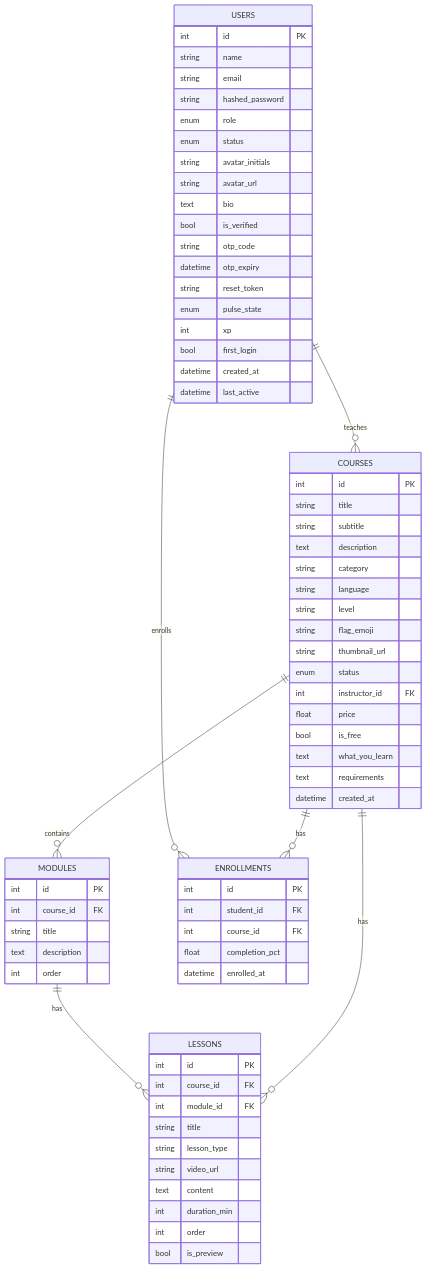
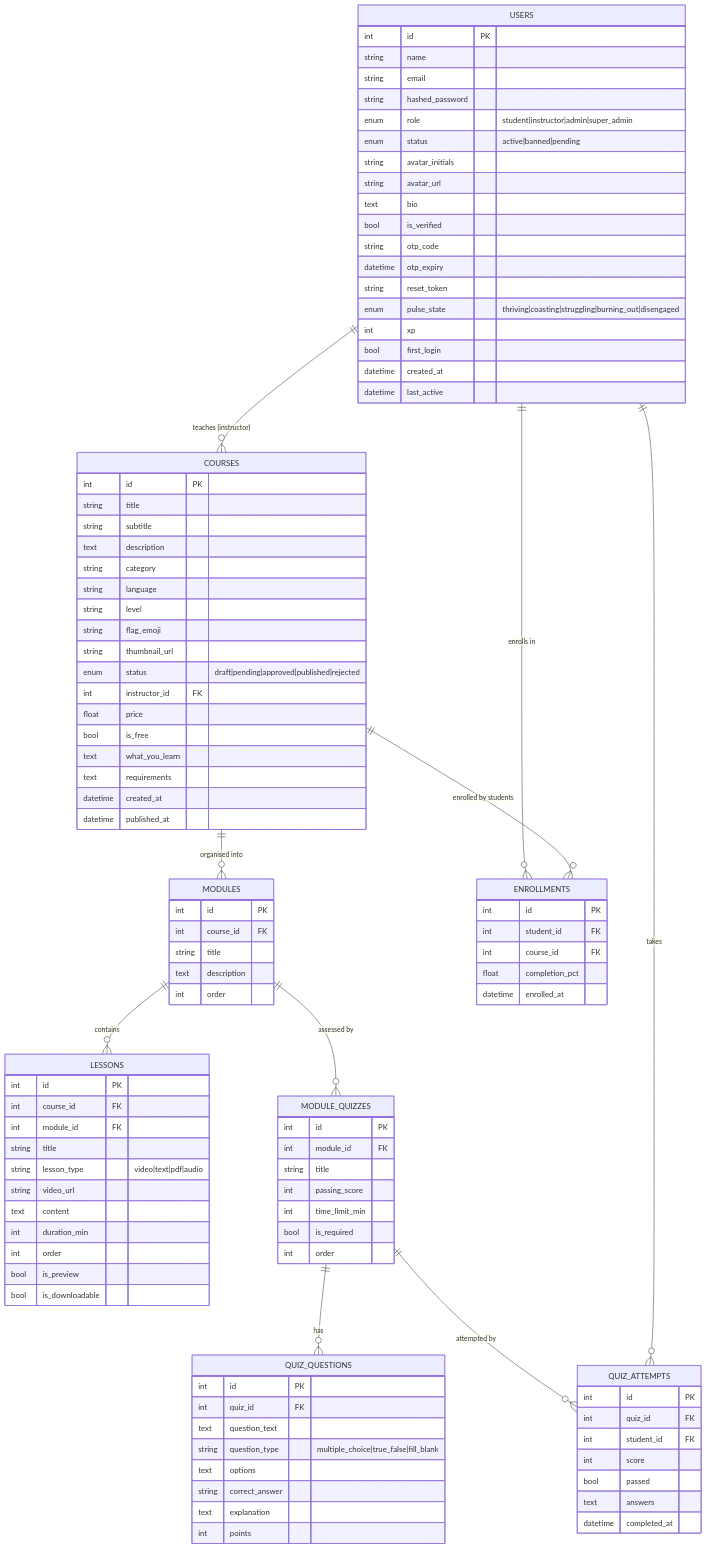
Before and after one commit to ngabo-dev/fluentfusion.v1: the sixth of 9 diagrams in DIAGRAMS.md, drawn with Mermaid. The commit also changed other lines of this file, not shown here.

First line of the commit message:
docs: completely revise all diagrams — complete, clear, report-ready

````diff
--- a/DIAGRAMS.md
+++ b/DIAGRAMS.md
@@ -198,8 +359,8 @@
         string name
         string email
         string hashed_password
-        enum role
-        enum status
+        enum role "student|instructor|admin|super_admin"
+        enum status "active|banned|pending"
         string avatar_initials
         string avatar_url
         text bio
@@ -207,7 +368,7 @@
         string otp_code
         datetime otp_expiry
         string reset_token
-        enum pulse_state
+        enum pulse_state "thriving|coasting|struggling|burning_out|disengaged"
         int xp
         bool first_login
         datetime created_at
@@ -224,13 +385,14 @@
         string level
         string flag_emoji
         string thumbnail_url
-        enum status
+        enum status "draft|pending|approved|published|rejected"
         int instructor_id FK
         float price
         bool is_free
         text what_you_learn
         text requirements
         datetime created_at
+        datetime published_at
     }
 
     MODULES {
@@ -246,12 +408,13 @@
         int course_id FK
         int module_id FK
         string title
-        string lesson_type
+        string lesson_type "video|text|pdf|audio"
         string video_url
         text content
         int duration_min
         int order
         bool is_preview
+        bool is_downloadable
     }
 
     ENROLLMENTS {
@@ -262,10 +425,44 @@
         datetime enrolled_at
     }
 
-    USERS ||--o{ COURSES : "teaches"
-    USERS ||--o{ ENROLLMENTS : "enrolls"
-    COURSES ||--o{ ENROLLMENTS : "has"
-    COURSES ||--o{ MODULES : "contains"
-    MODULES ||--o{ LESSONS : "has"
-    COURSES ||--o{ LESSONS : "has"
+    MODULE_QUIZZES {
+        int id PK
+        int module_id FK
+        string title
+        int passing_score
+        int time_limit_min
+        bool is_required
+        int order
+    }
+
+    QUIZ_QUESTIONS {
+        int id PK
+        int quiz_id FK
+        text question_text
+        string question_type "multiple_choice|true_false|fill_blank"
+        text options
+        string correct_answer
+        text explanation
+        int points
+    }
+
+    QUIZ_ATTEMPTS {
+        int id PK
+        int quiz_id FK
+        int student_id FK
+        int score
+        bool passed
+        text answers
+        datetime completed_at
+    }
+
+    USERS ||--o{ COURSES : "teaches (instructor)"
+    USERS ||--o{ ENROLLMENTS : "enrolls in"
+    COURSES ||--o{ ENROLLMENTS : "enrolled by students"
+    COURSES ||--o{ MODULES : "organised into"
+    MODULES ||--o{ LESSONS : "contains"
+    MODULES ||--o{ MODULE_QUIZZES : "assessed by"
+    MODULE_QUIZZES ||--o{ QUIZ_QUESTIONS : "has"
+    MODULE_QUIZZES ||--o{ QUIZ_ATTEMPTS : "attempted by"
+    USERS ||--o{ QUIZ_ATTEMPTS : "takes"
 ```
````
